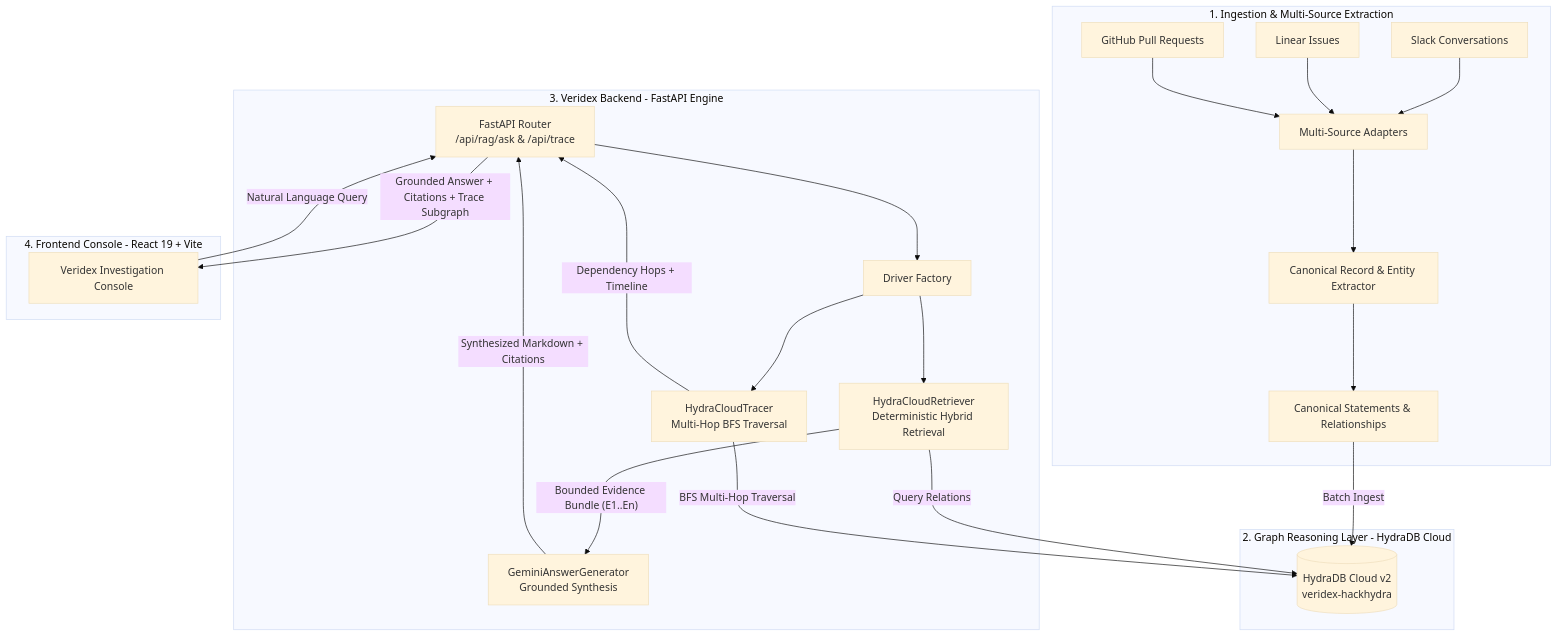
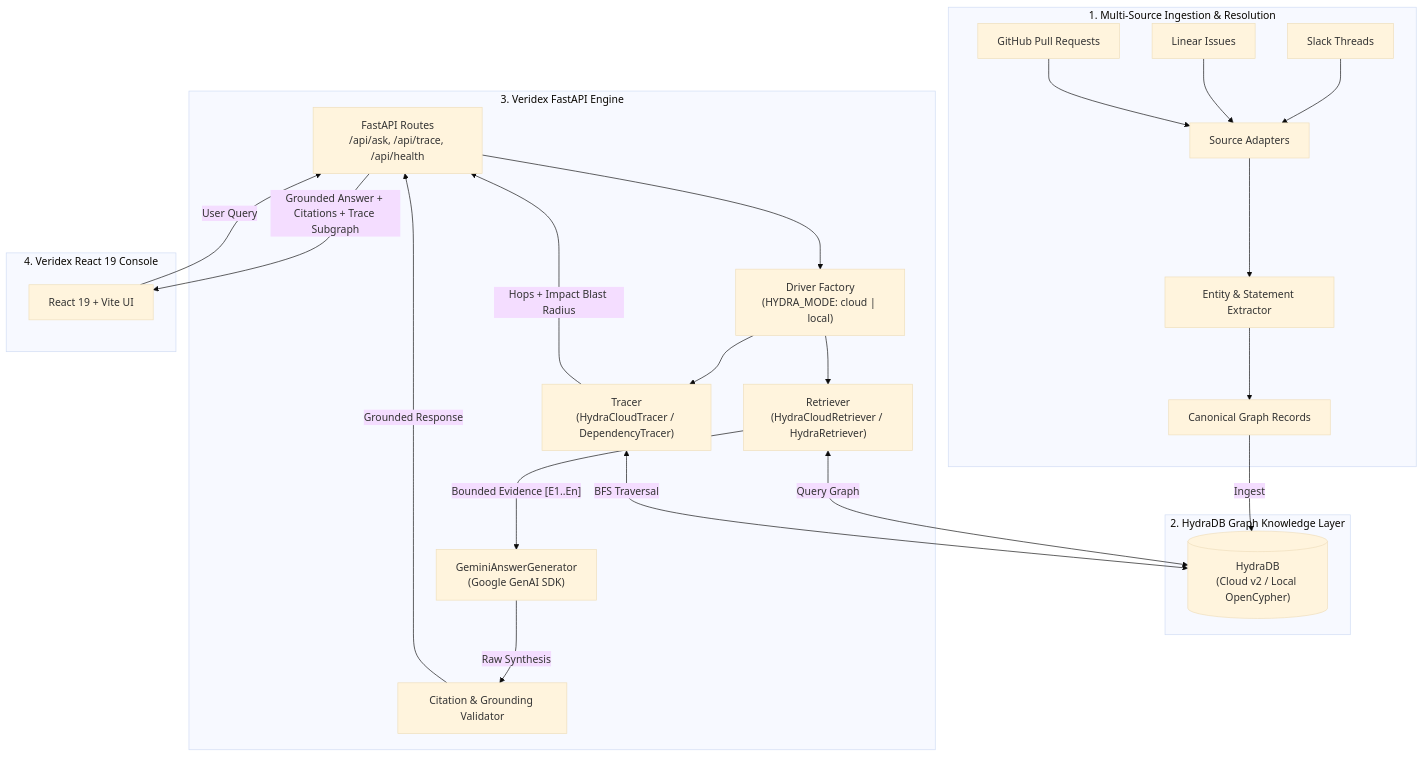
Before and after one commit to toufiqfarhan0/deptrace: the diagram in README.md, drawn with Mermaid (base theme). The commit also changed other lines of this file and 1 other file, not shown here.

Commit message:
docs: finalize judge-facing README for Hack Hydra 2026 submission

````diff
--- a/README.md
+++ b/README.md
@@ -90,37 +147,39 @@
 ```mermaid
-graph TD
-    subgraph S1 ["1. Ingestion & Multi-Source Extraction"]
-        S["Slack Conversations"] --> ADP["Multi-Source Adapters"]
+flowchart TD
+    subgraph Ingestion ["1. Multi-Source Ingestion & Resolution"]
+        S["Slack Threads"] --> ADP["Source Adapters"]
         L["Linear Issues"] --> ADP
         G["GitHub Pull Requests"] --> ADP
-        ADP --> EXT["Canonical Record & Entity Extractor"]
-        EXT --> CAN["Canonical Statements & Relationships"]
+        ADP --> EXT["Entity & Statement Extractor"]
+        EXT --> CAN["Canonical Graph Records"]
     end
 
-    subgraph S2 ["2. Graph Reasoning Layer - HydraDB Cloud"]
-        CAN -->|"Batch Ingest"| HDB[("HydraDB Cloud v2<br/>veridex-hackhydra")]
+    subgraph Database ["2. HydraDB Graph Knowledge Layer"]
+        CAN -->|"Ingest"| HDB[("HydraDB<br/>(Cloud v2 / Local OpenCypher)")]
     end
 
-    subgraph S3 ["3. Veridex Backend - FastAPI Engine"]
-        API["FastAPI Router<br/>/api/rag/ask & /api/trace"]
-        FACT["Driver Factory"]
-        HCR["HydraCloudRetriever<br/>Deterministic Hybrid Retrieval"]
-        HCT["HydraCloudTracer<br/>Multi-Hop BFS Traversal"]
-        GEN["GeminiAnswerGenerator<br/>Grounded Synthesis"]
-        
+    subgraph Backend ["3. Veridex FastAPI Engine"]
+        API["FastAPI Routes<br/>/api/ask, /api/trace, /api/health"]
+        FACT["Driver Factory<br/>(HYDRA_MODE: cloud | local)"]
+        RET["Retriever<br/>(HydraCloudRetriever / HydraRetriever)"]
+        TRC["Tracer<br/>(HydraCloudTracer / DependencyTracer)"]
+        GEN["GeminiAnswerGenerator<br/>(Google GenAI SDK)"]
+        VAL["Citation & Grounding Validator"]
+
         API --> FACT
-        FACT --> HCR
-        FACT --> HCT
-        HCR -->|"Query Relations"| HDB
-        HCT -->|"BFS Multi-Hop Traversal"| HDB
-        HCR -->|"Bounded Evidence Bundle (E1..En)"| GEN
-        GEN -->|"Synthesized Markdown + Citations"| API
-        HCT -->|"Dependency Hops + Timeline"| API
+        FACT --> RET
+        FACT --> TRC
+        RET <-->|"Query Graph"| HDB
+        TRC <-->|"BFS Traversal"| HDB
+        RET -->|"Bounded Evidence [E1..En]"| GEN
+        GEN -->|"Raw Synthesis"| VAL
+        VAL -->|"Grounded Response"| API
+        TRC -->|"Hops + Impact Blast Radius"| API
     end
 
-    subgraph S4 ["4. Frontend Console - React 19 + Vite"]
-        UI["Veridex Investigation Console"]
-        UI -->|"Natural Language Query"| API
+    subgraph Frontend ["4. Veridex React 19 Console"]
+        UI["React 19 + Vite UI"]
+        UI -->|"User Query"| API
         API -->|"Grounded Answer + Citations + Trace Subgraph"| UI
     end
 ```
````
